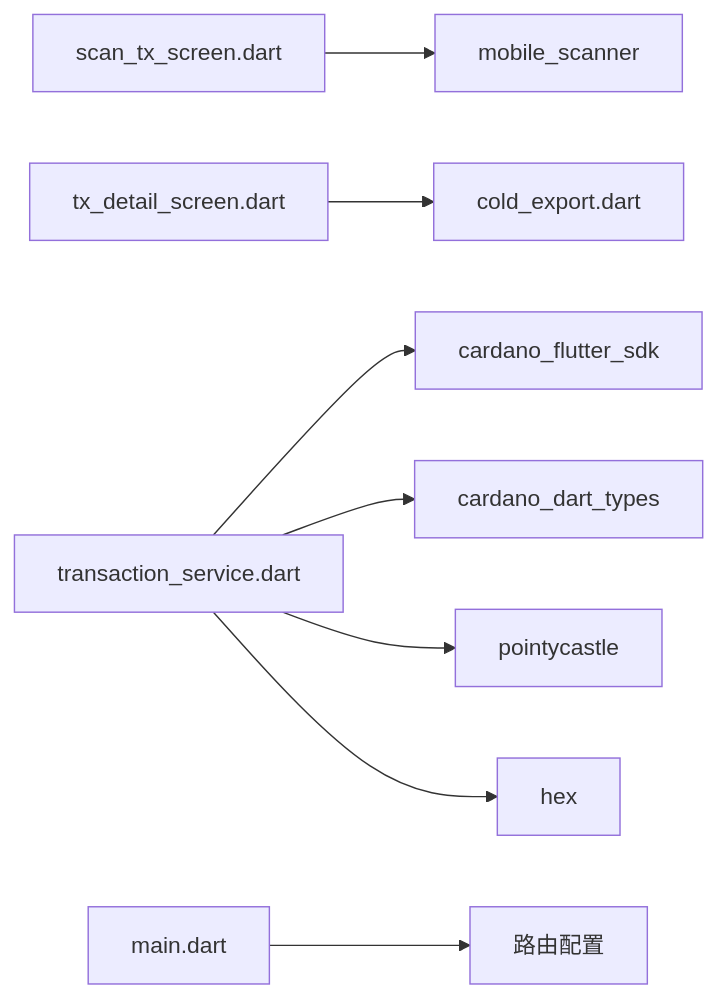
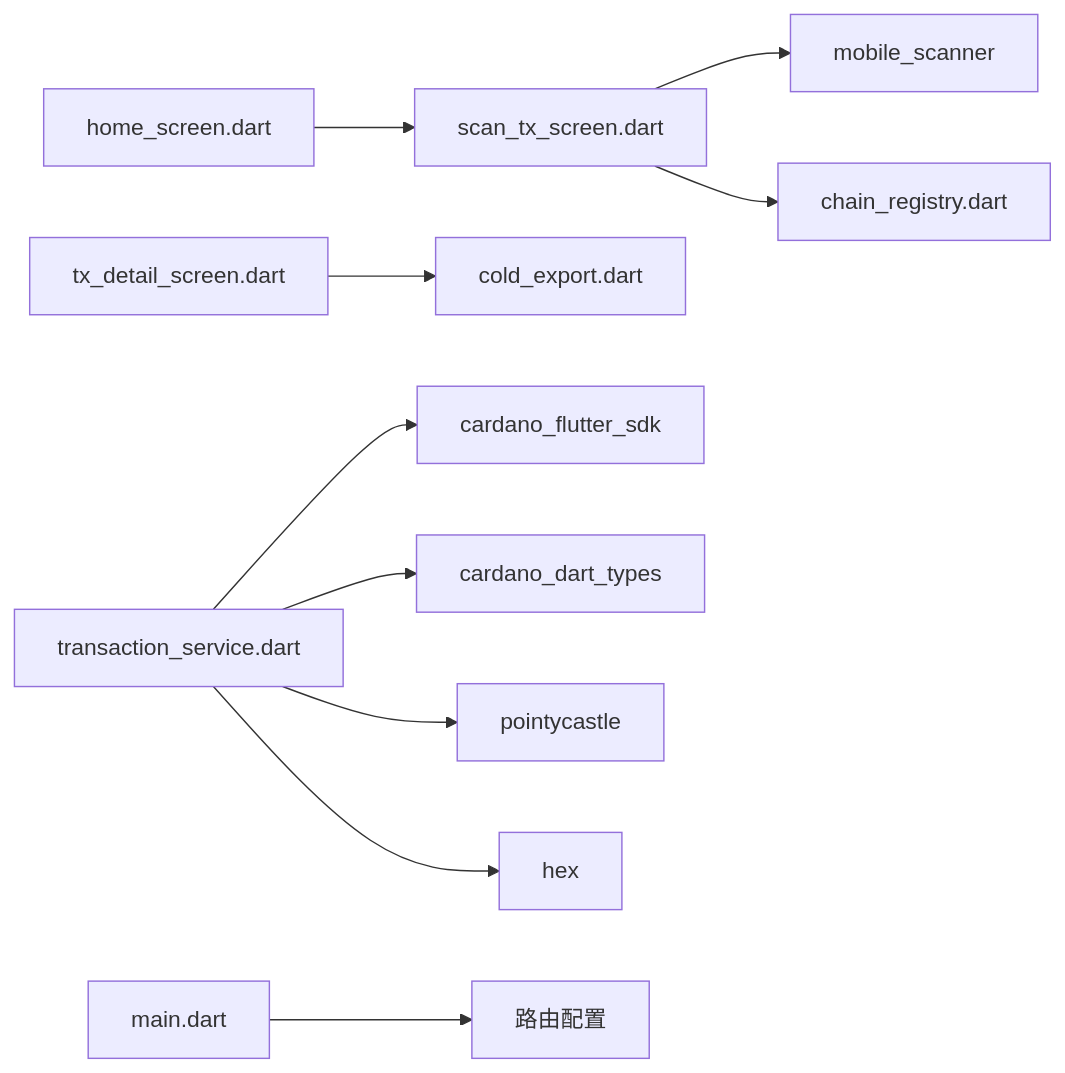
The fourth of 4 diagrams in .qoder/repowiki/zh/content/用户界面/冷钱包App界面/二维码扫描界面.md (EqualToEthan/stasis), drawn with Mermaid before and after one commit. The commit also changed other lines of this file and 40 other files, not shown here.

````diff
--- a/.qoder/repowiki/zh/content/用户界面/冷钱包App界面/二维码扫描界面.md
+++ b/.qoder/repowiki/zh/content/用户界面/冷钱包App界面/二维码扫描界面.md
@@ -230,10 +261,12 @@
 ```mermaid
 graph LR
 Scan["scan_tx_screen.dart"] --> MS["mobile_scanner"]
+Scan --> CR["chain_registry.dart"]
 Detail["tx_detail_screen.dart"] --> CE["cold_export.dart"]
 Service["transaction_service.dart"] --> SDK["cardano_flutter_sdk"]
 Service --> Types["cardano_dart_types"]
 Service --> PC["pointycastle"]
 Service --> HEX["hex"]
 App["main.dart"] --> Routes["路由配置"]
+Home["home_screen.dart"] --> Scan
 ```
````
